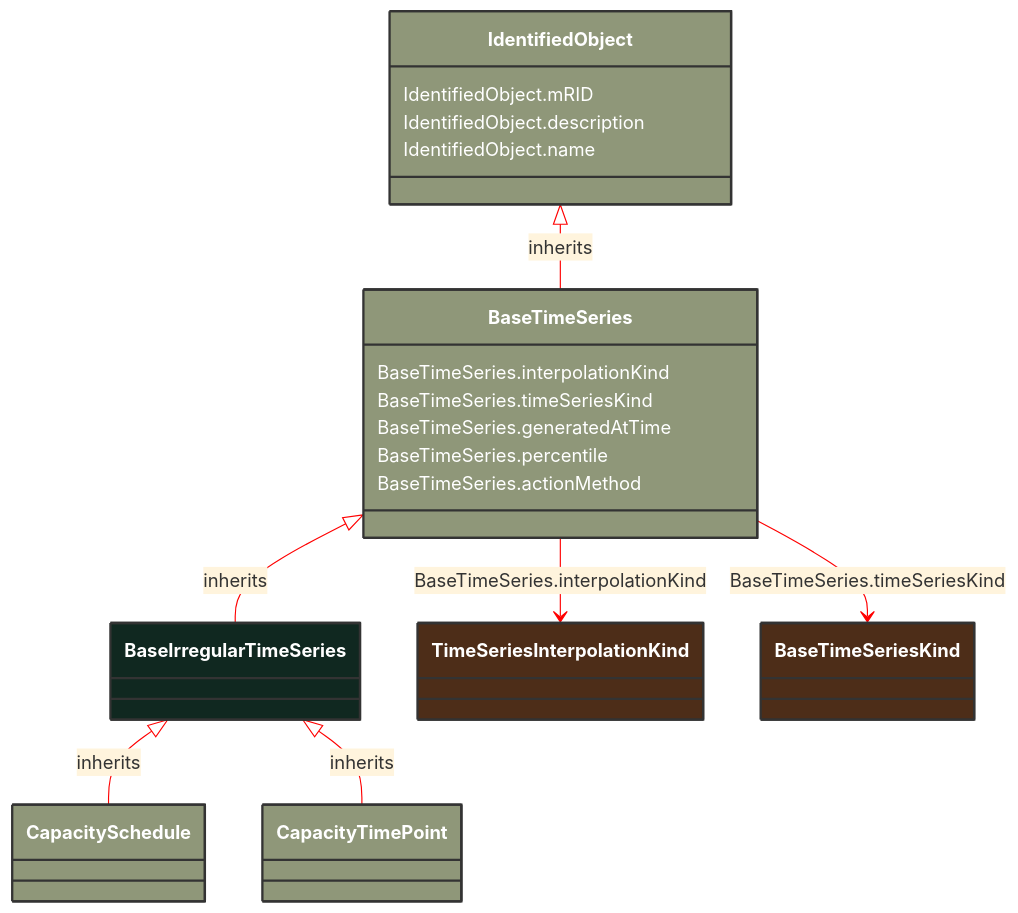
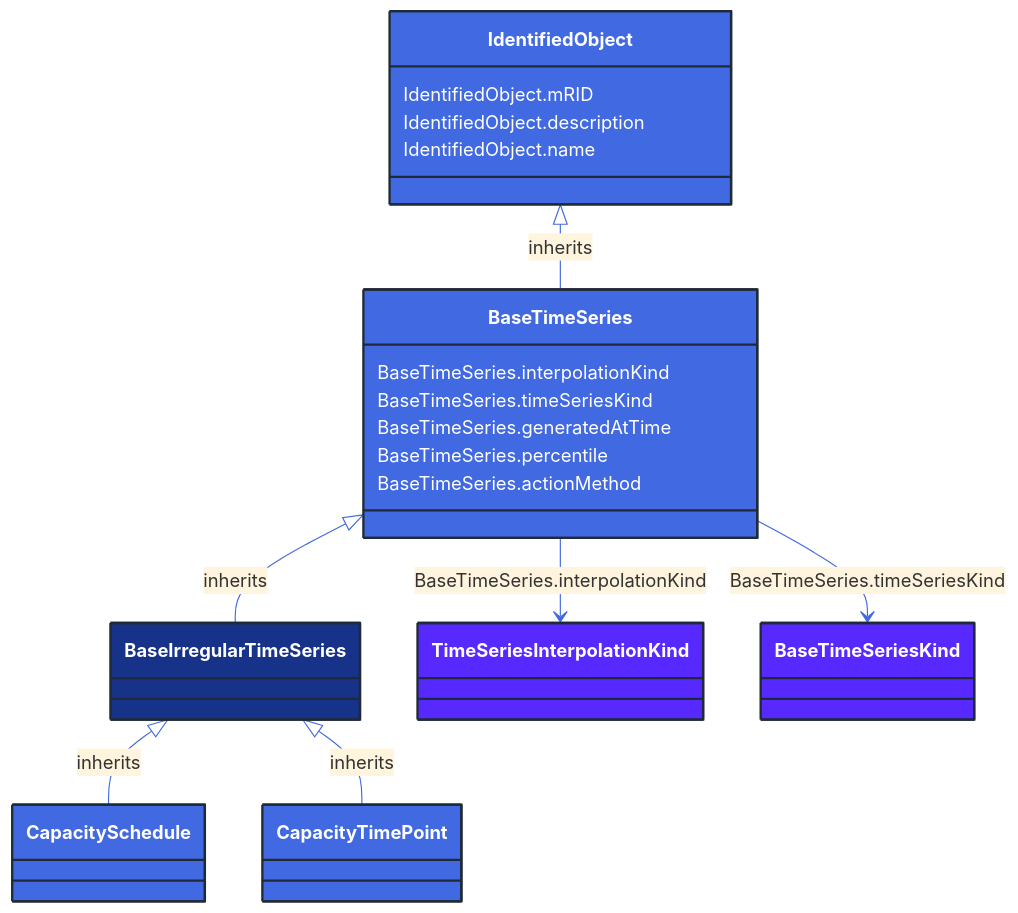
Before and after one commit to 3lbits/NoCIMExtensions: the diagram in docs/Models/Profiles/GridCapacity/AbstractClasses/BaseIrregularTimeSeries.md, drawn with Mermaid. The commit also changed 362 other files, not shown here.

First line of the commit message:
Update diagrams and styles for improved visual consistency

````diff
--- a/docs/Models/Profiles/GridCapacity/AbstractClasses/BaseIrregularTimeSeries.md
+++ b/docs/Models/Profiles/GridCapacity/AbstractClasses/BaseIrregularTimeSeries.md
@@ -10,48 +10,48 @@
 ```mermaid
-%%{init: {'theme':'base','themeVariables': {'lineColor': '#FF0000'}}}%%
+%%{init: {'theme':'base','themeVariables': {'lineColor': '#4169E1'}}}%%
 classDiagram
     class BaseIrregularTimeSeries
     click BaseIrregularTimeSeries href "/Models/Profiles/GridCapacity/AbstractClasses/BaseIrregularTimeSeries/"
-    style BaseIrregularTimeSeries fill:#102820,stroke:#333,stroke-width:2px,rx:10,ry:10,color:white
+    style BaseIrregularTimeSeries fill:#163289,stroke:#1F2A37,stroke-width:2px,rx:10,ry:10,color:white
 
         BaseIrregularTimeSeries <|-- CapacitySchedule : inherits
 
         CapacitySchedule
             click CapacitySchedule href "/Models/Profiles/GridCapacity/ConcreteClasses/CapacitySchedule/"
-            style CapacitySchedule fill:#8F9779,stroke:#333,stroke-width:2px,rx:10,ry:10,color:white
+            style CapacitySchedule fill:#4169E1,stroke:#1F2A37,stroke-width:2px,rx:10,ry:10,color:white
 
         BaseIrregularTimeSeries <|-- CapacityTimePoint : inherits
 
         CapacityTimePoint
             click CapacityTimePoint href "/Models/Profiles/GridCapacity/ConcreteClasses/CapacityTimePoint/"
-            style CapacityTimePoint fill:#8F9779,stroke:#333,stroke-width:2px,rx:10,ry:10,color:white
+            style CapacityTimePoint fill:#4169E1,stroke:#1F2A37,stroke-width:2px,rx:10,ry:10,color:white
      
         BaseTimeSeries <|-- BaseIrregularTimeSeries : inherits
             click BaseTimeSeries href "/Models/Profiles/GridCapacity/AbstractClasses/BaseTimeSeries/"
-            style BaseTimeSeries fill:#8F9779,stroke:#333,stroke-width:2px,rx:10,ry:10,color:white
+            style BaseTimeSeries fill:#4169E1,stroke:#1F2A37,stroke-width:2px,rx:10,ry:10,color:white
      
         IdentifiedObject <|-- BaseTimeSeries : inherits
             click IdentifiedObject href "/Models/Profiles/GridCapacity/AbstractClasses/IdentifiedObject/"
-            style IdentifiedObject fill:#8F9779,stroke:#333,stroke-width:2px,rx:10,ry:10,color:white
+            style IdentifiedObject fill:#4169E1,stroke:#1F2A37,stroke-width:2px,rx:10,ry:10,color:white
 
 
         BaseTimeSeries --> TimeSeriesInterpolationKind : BaseTimeSeries.interpolationKind
 
         TimeSeriesInterpolationKind
             click TimeSeriesInterpolationKind href "/Models/Profiles/GridCapacity/Enumerations/TimeSeriesInterpolationKind/"
-            style TimeSeriesInterpolationKind fill:#4D2D18,stroke:#333,stroke-width:2px,rx:10,ry:10,color:white
+            style TimeSeriesInterpolationKind fill:#5729FF,stroke:#1F2A37,stroke-width:2px,rx:10,ry:10,color:white
         BaseTimeSeries --> BaseTimeSeriesKind : BaseTimeSeries.timeSeriesKind
 
         BaseTimeSeriesKind
             click BaseTimeSeriesKind href "/Models/Profiles/GridCapacity/Enumerations/BaseTimeSeriesKind/"
-            style BaseTimeSeriesKind fill:#4D2D18,stroke:#333,stroke-width:2px,rx:10,ry:10,color:white
+            style BaseTimeSeriesKind fill:#5729FF,stroke:#1F2A37,stroke-width:2px,rx:10,ry:10,color:white
 
         BaseTimeSeries : BaseTimeSeries.interpolationKind
         BaseTimeSeries : BaseTimeSeries.timeSeriesKind
         BaseTimeSeries : BaseTimeSeries.generatedAtTime
         BaseTimeSeries : BaseTimeSeries.percentile
         BaseTimeSeries : BaseTimeSeries.actionMethod
         IdentifiedObject : IdentifiedObject.mRID
         IdentifiedObject : IdentifiedObject.description
         IdentifiedObject : IdentifiedObject.name
 ```
````
